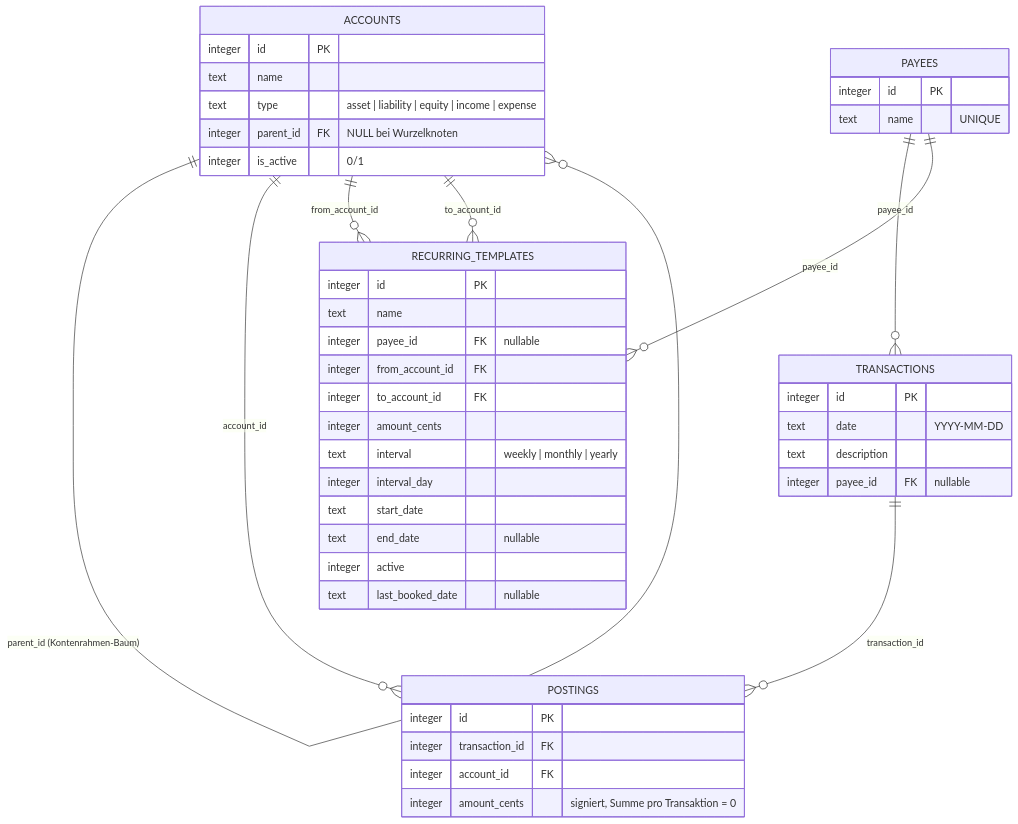
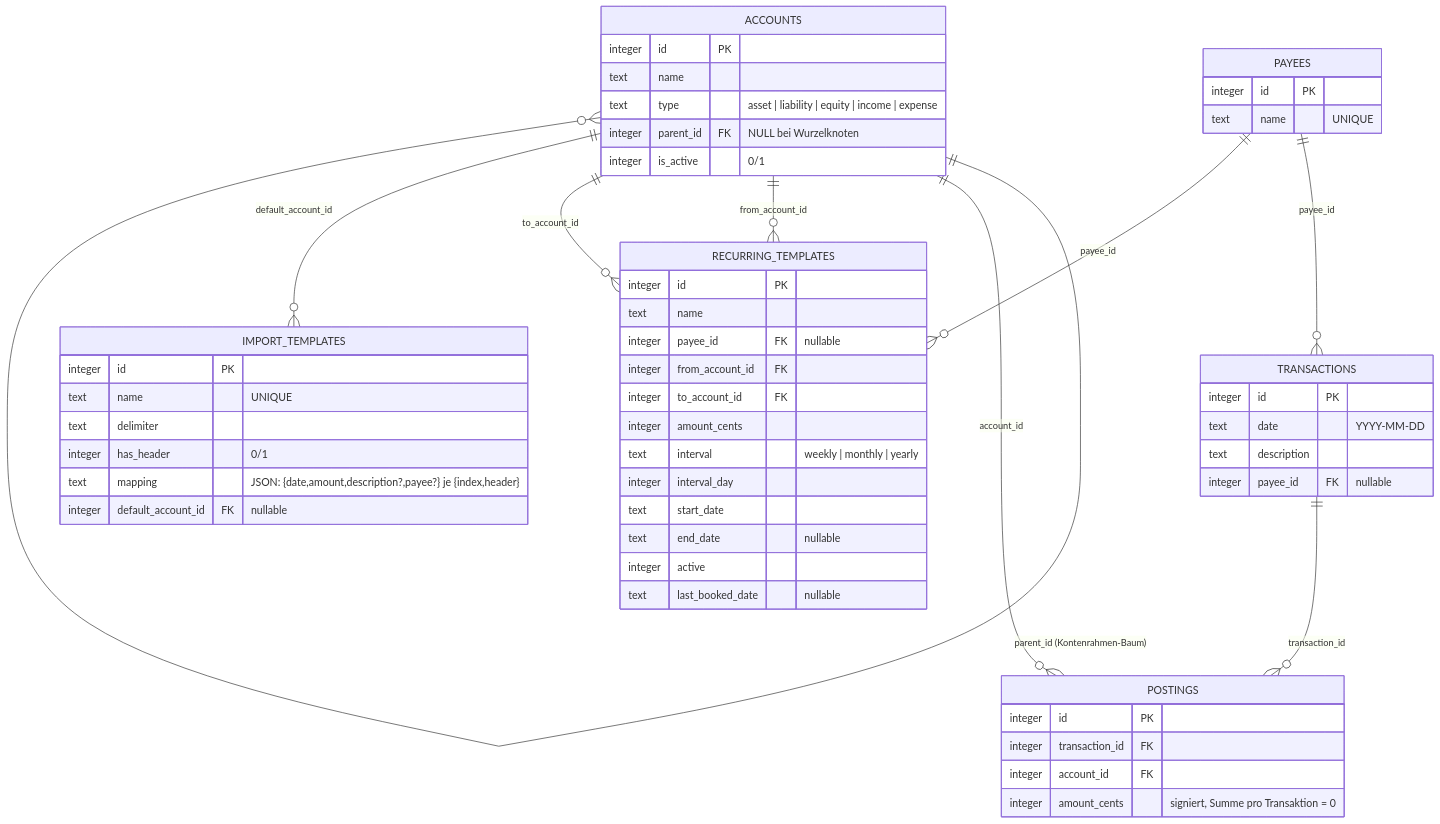
Before and after one commit to thomasblankschein/fintracker: the diagram in DATENMODELL.md, drawn with Mermaid. The commit also changed other lines of this file and 6 other files, not shown here.

````diff
--- a/DATENMODELL.md
+++ b/DATENMODELL.md
@@ -7,48 +7,57 @@
 ```mermaid
 erDiagram
     ACCOUNTS {
         integer id PK
         text name
         text type "asset | liability | equity | income | expense"
         integer parent_id FK "NULL bei Wurzelknoten"
         integer is_active "0/1"
     }
     PAYEES {
         integer id PK
         text name "UNIQUE"
     }
     TRANSACTIONS {
         integer id PK
         text date "YYYY-MM-DD"
         text description
         integer payee_id FK "nullable"
     }
     POSTINGS {
         integer id PK
         integer transaction_id FK
         integer account_id FK
         integer amount_cents "signiert, Summe pro Transaktion = 0"
     }
     RECURRING_TEMPLATES {
         integer id PK
         text name
         integer payee_id FK "nullable"
         integer from_account_id FK
         integer to_account_id FK
         integer amount_cents
         text interval "weekly | monthly | yearly"
         integer interval_day
         text start_date
         text end_date "nullable"
         integer active
         text last_booked_date "nullable"
     }
+    IMPORT_TEMPLATES {
+        integer id PK
+        text name "UNIQUE"
+        text delimiter
+        integer has_header "0/1"
+        text mapping "JSON: {date,amount,description?,payee?} je {index,header}"
+        integer default_account_id FK "nullable"
+    }
 
     ACCOUNTS ||--o{ ACCOUNTS       : "parent_id (Kontenrahmen-Baum)"
     ACCOUNTS ||--o{ POSTINGS       : "account_id"
     TRANSACTIONS ||--o{ POSTINGS   : "transaction_id"
     PAYEES ||--o{ TRANSACTIONS     : "payee_id"
     PAYEES ||--o{ RECURRING_TEMPLATES : "payee_id"
     ACCOUNTS ||--o{ RECURRING_TEMPLATES : "from_account_id"
     ACCOUNTS ||--o{ RECURRING_TEMPLATES : "to_account_id"
+    ACCOUNTS ||--o{ IMPORT_TEMPLATES : "default_account_id"
 ```
````
